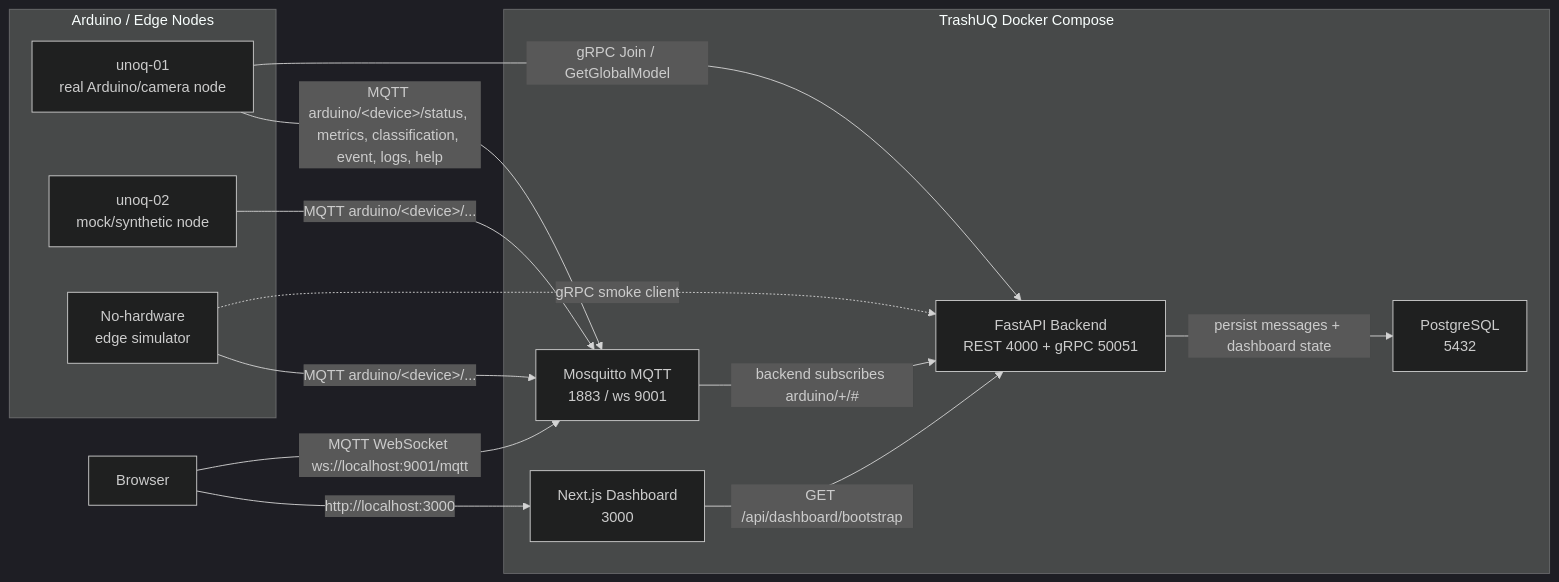
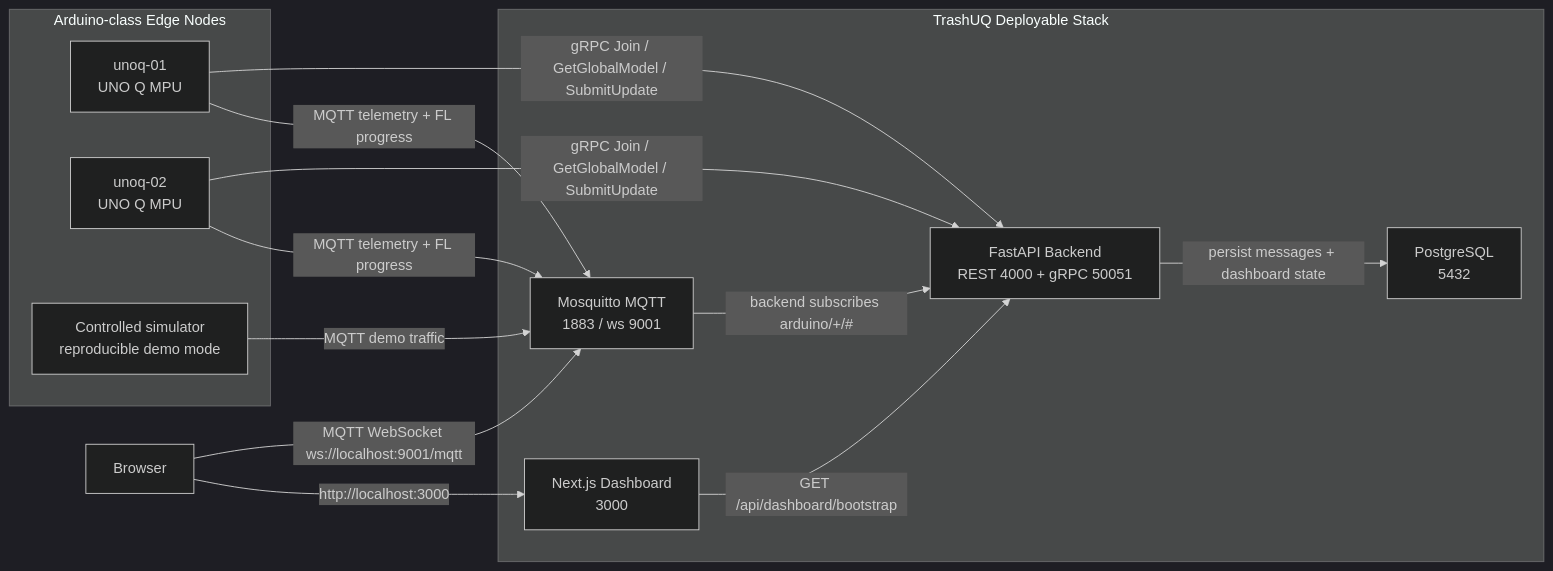
The diagram in docs/assets/readme/diagrams/architecture.mmd (TrashUQ/TrashUQ), drawn with Mermaid (dark theme) before and after one commit. The commit also changed 5 other files, not shown here.

```diff
--- a/docs/assets/readme/diagrams/architecture.mmd
+++ b/docs/assets/readme/diagrams/architecture.mmd
@@ -1,26 +1,26 @@
 flowchart LR
-  subgraph Edge["Arduino / Edge Nodes"]
-    Arduino["unoq-01<br/>real Arduino/camera node"]
-    Mock["unoq-02<br/>mock/synthetic node"]
-    Simulator["No-hardware<br/>edge simulator"]
+  subgraph Edge["Arduino-class Edge Nodes"]
+    U1["unoq-01<br/>UNO Q MPU"]
+    U2["unoq-02<br/>UNO Q MPU"]
+    Simulator["Controlled simulator<br/>reproducible demo mode"]
   end
 
-  subgraph Compose["TrashUQ Docker Compose"]
+  subgraph Compose["TrashUQ Deployable Stack"]
     MQTT["Mosquitto MQTT<br/>1883 / ws 9001"]
     Backend["FastAPI Backend<br/>REST 4000 + gRPC 50051"]
     DB["PostgreSQL<br/>5432"]
     Frontend["Next.js Dashboard<br/>3000"]
   end
 
   Browser["Browser"]
 
-  Arduino -->|"MQTT arduino/&lt;device&gt;/status, metrics, classification, event, logs, help"| MQTT
-  Mock -->|"MQTT arduino/&lt;device&gt;/..."| MQTT
-  Simulator -->|"MQTT arduino/&lt;device&gt;/..."| MQTT
+  U1 -->|"MQTT telemetry + FL progress"| MQTT
+  U2 -->|"MQTT telemetry + FL progress"| MQTT
+  Simulator -->|"MQTT demo traffic"| MQTT
   MQTT -->|"backend subscribes arduino/+/#"| Backend
   Backend -->|"persist messages + dashboard state"| DB
   Frontend -->|"GET /api/dashboard/bootstrap"| Backend
   Browser -->|"http://localhost:3000"| Frontend
   Browser -->|"MQTT WebSocket ws://localhost:9001/mqtt"| MQTT
-  Arduino -->|"gRPC Join / GetGlobalModel"| Backend
-  Simulator -. "gRPC smoke client" .-> Backend
+  U1 -->|"gRPC Join / GetGlobalModel / SubmitUpdate"| Backend
+  U2 -->|"gRPC Join / GetGlobalModel / SubmitUpdate"| Backend
```
